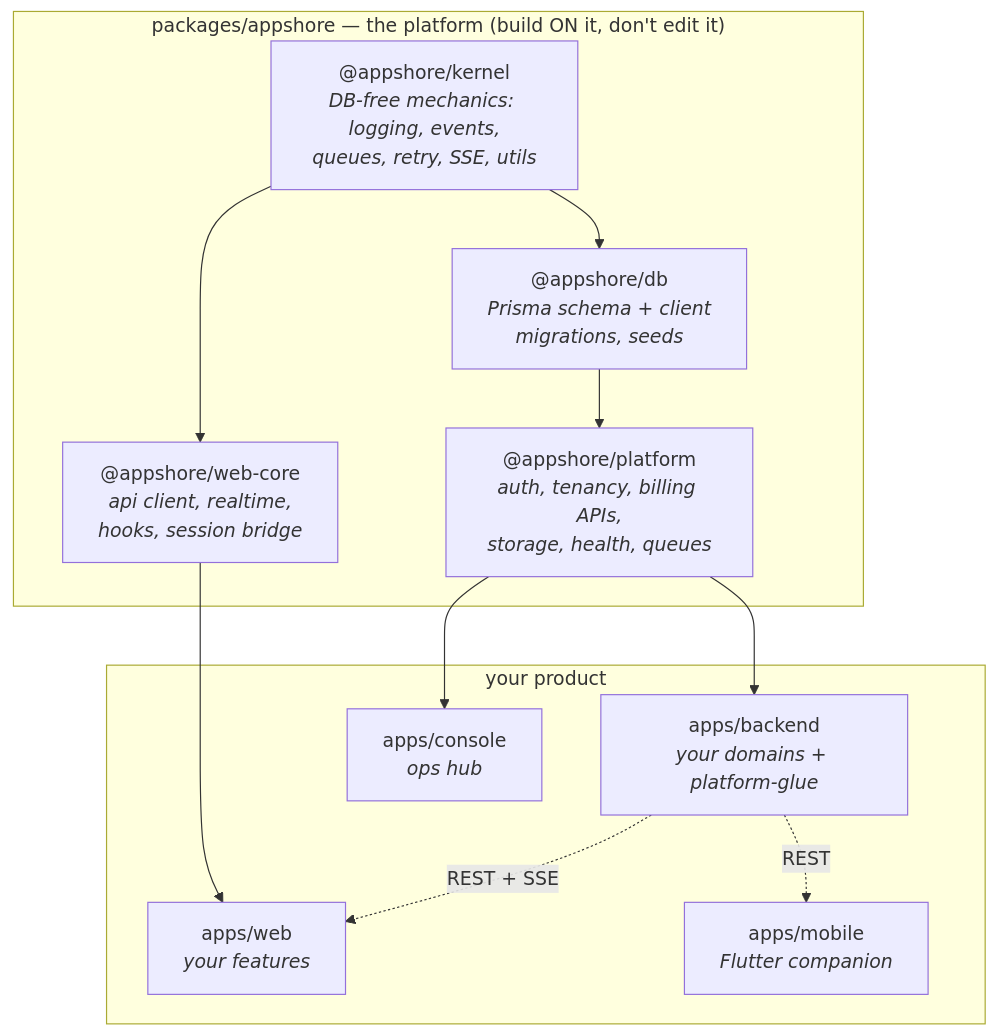
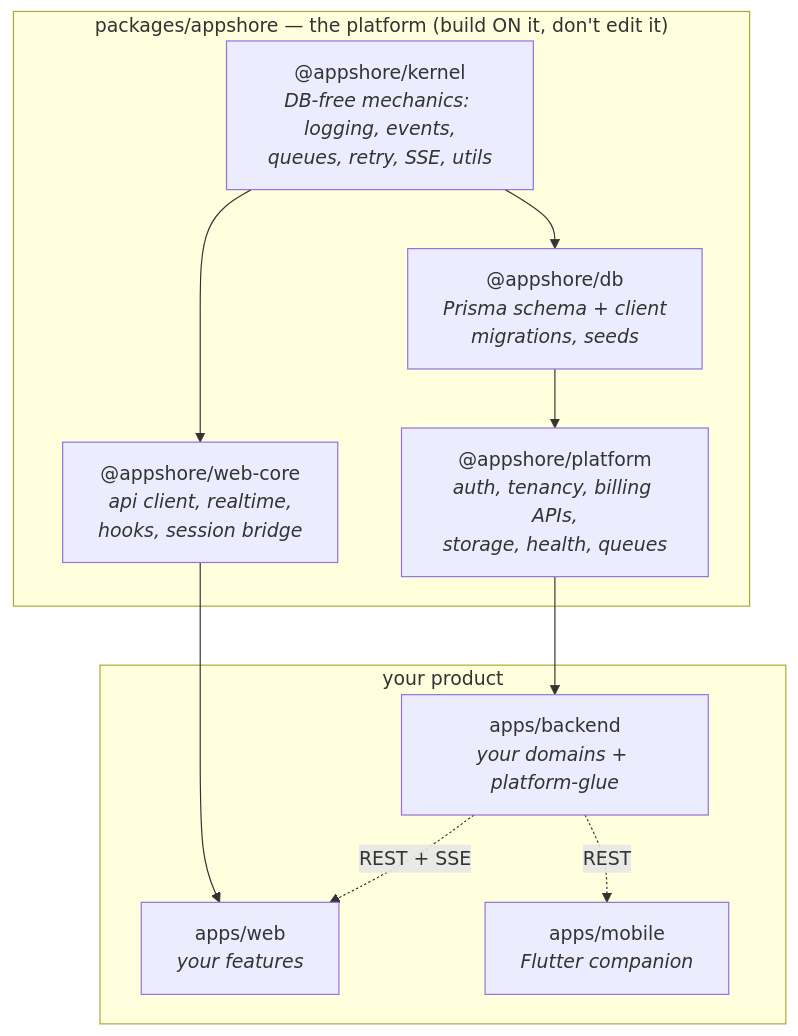
Before and after one commit to ajaynarang/app-foundation: the first of 2 diagrams in README.md, drawn with Mermaid. The commit also changed other lines of this file and 9 other files, not shown here.

Commit message:
Docs, README, CLAUDE.md, the review skill and stray comments describe three apps: the console they named no longer exists

````diff
--- a/README.md
+++ b/README.md
@@ -81,22 +81,20 @@
 ```mermaid
 flowchart TB
     subgraph platform["packages/appshore — the platform (build ON it, don't edit it)"]
         kernel["@appshore/kernel<br/><i>DB-free mechanics: logging, events,<br/>queues, retry, SSE, utils</i>"]
         db["@appshore/db<br/><i>Prisma schema + client<br/>migrations, seeds</i>"]
         plat["@appshore/platform<br/><i>auth, tenancy, billing APIs,<br/>storage, health, queues</i>"]
         webcore["@appshore/web-core<br/><i>api client, realtime,<br/>hooks, session bridge</i>"]
     end
 
     subgraph yours["your product"]
         backend["apps/backend<br/><i>your domains + platform-glue</i>"]
         web["apps/web<br/><i>your features</i>"]
-        console["apps/console<br/><i>ops hub</i>"]
         mobile["apps/mobile<br/><i>Flutter companion</i>"]
     end
 
     kernel --> db --> plat --> backend
     kernel --> webcore --> web
-    plat --> console
     backend -.REST + SSE.-> web
     backend -.REST.-> mobile
 ```
````
